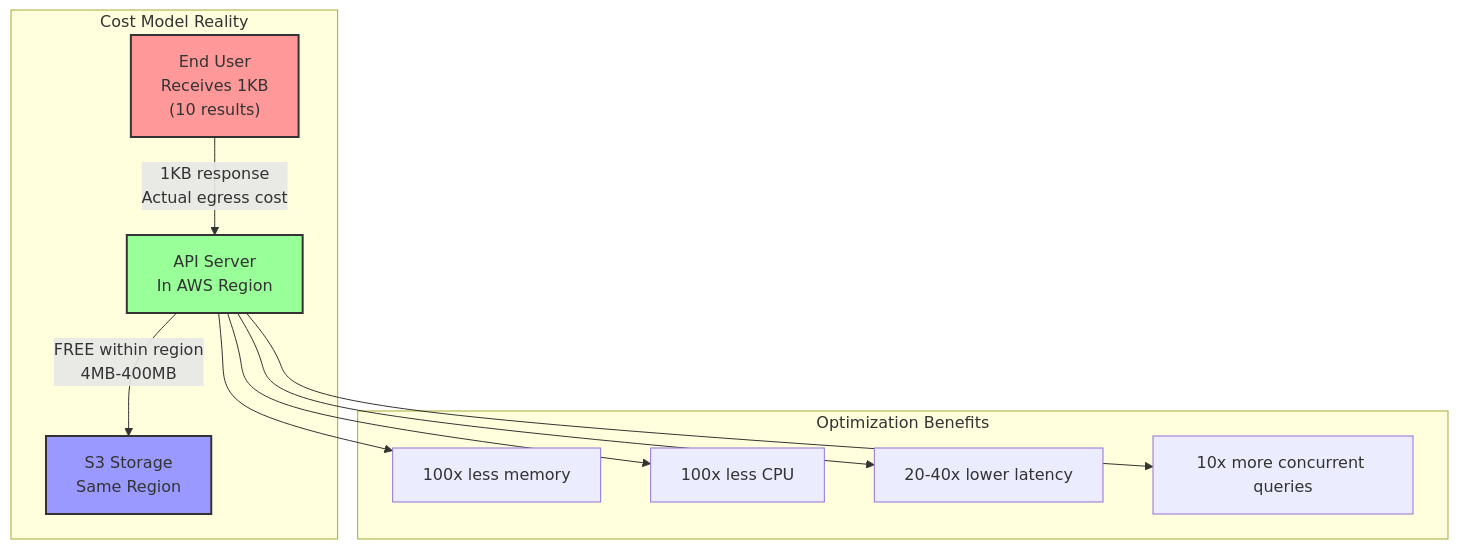
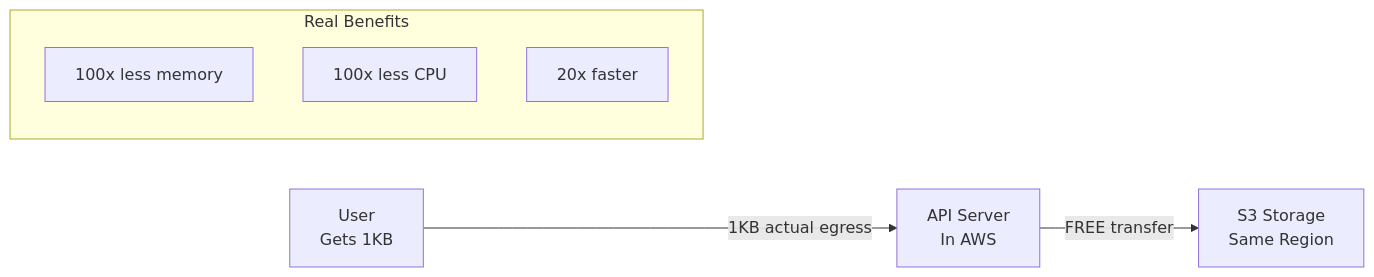
One commit to vjsingh1984/proximaDB changed the fifth of 5 diagrams in docs/raptor_engine_design_spec.md. Above: the diagram before and after it, drawn with Mermaid. The commit also changed other lines of this file and 2 other files, not shown here.

````diff
--- a/docs/raptor_engine_design_spec.md
+++ b/docs/raptor_engine_design_spec.md
@@ -1431,27 +188,15 @@
 ```mermaid
-graph TB
-    subgraph "Cost Model Reality"
-        User["End User<br/>Receives 1KB<br/>(10 results)"]
-        API["API Server<br/>In AWS Region"]
-        S3["S3 Storage<br/>Same Region"]
-        
-        User -->|"1KB response<br/>Actual egress cost"| API
-        API -->|"FREE within region<br/>4MB-400MB"| S3
+graph LR
+    User[User<br/>Gets 1KB]
+    API[API Server<br/>In AWS]
+    S3[S3 Storage<br/>Same Region]
+    
+    User -->|1KB actual egress| API
+    API -->|FREE transfer| S3
+    
+    subgraph "Real Benefits"
+        Mem[100x less memory]
+        CPU[100x less CPU]
+        Latency[20x faster]
     end
-    
-    subgraph "Optimization Benefits"
-        MEM["100x less memory"]
-        CPU["100x less CPU"]
-        LAT["20-40x lower latency"]
-        CON["10x more concurrent queries"]
-    end
-    
-    API --> MEM
-    API --> CPU
-    API --> LAT
-    API --> CON
-    
-    style User fill:#f99,stroke:#333,stroke-width:2px
-    style S3 fill:#99f,stroke:#333,stroke-width:2px
-    style API fill:#9f9,stroke:#333,stroke-width:2px
 ```
````
